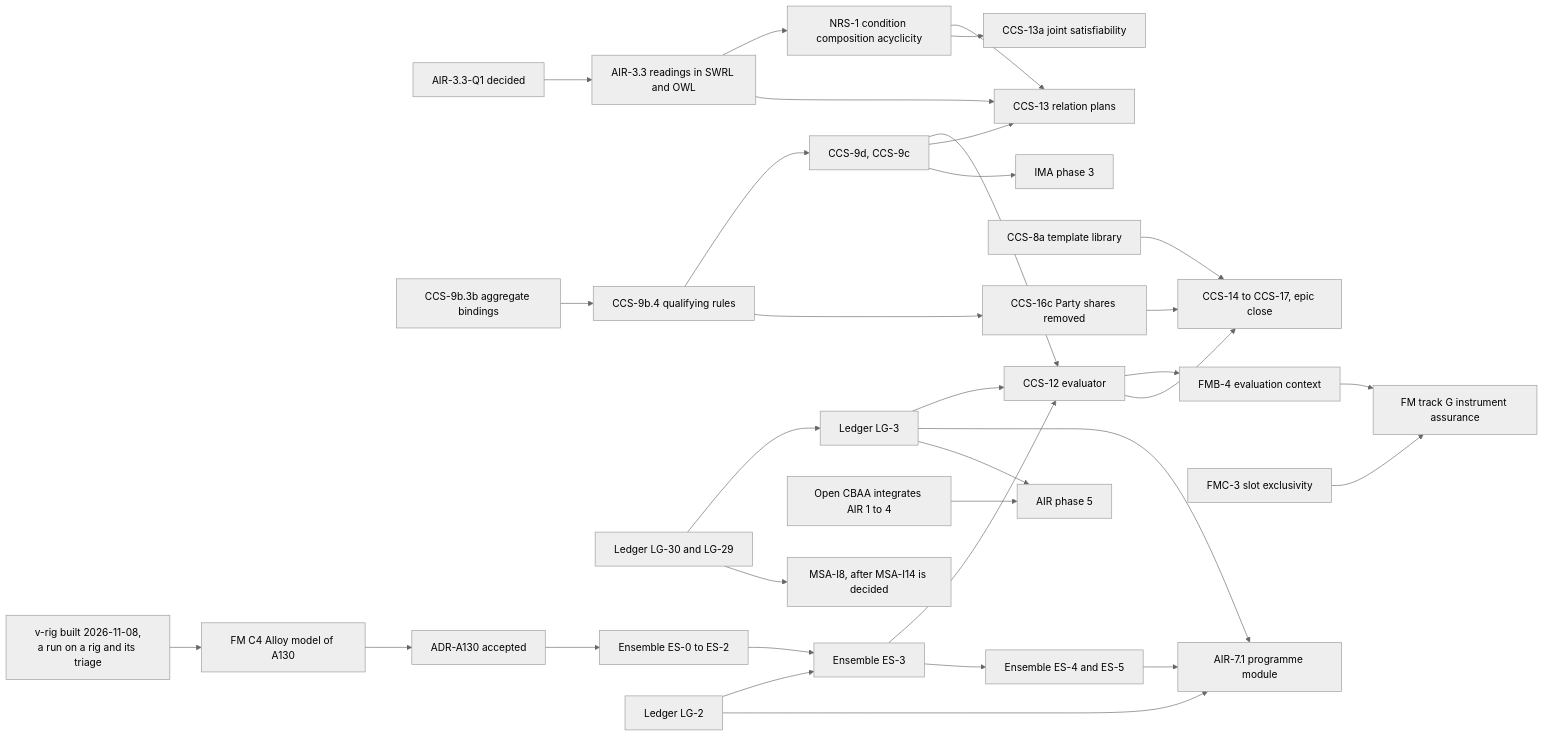
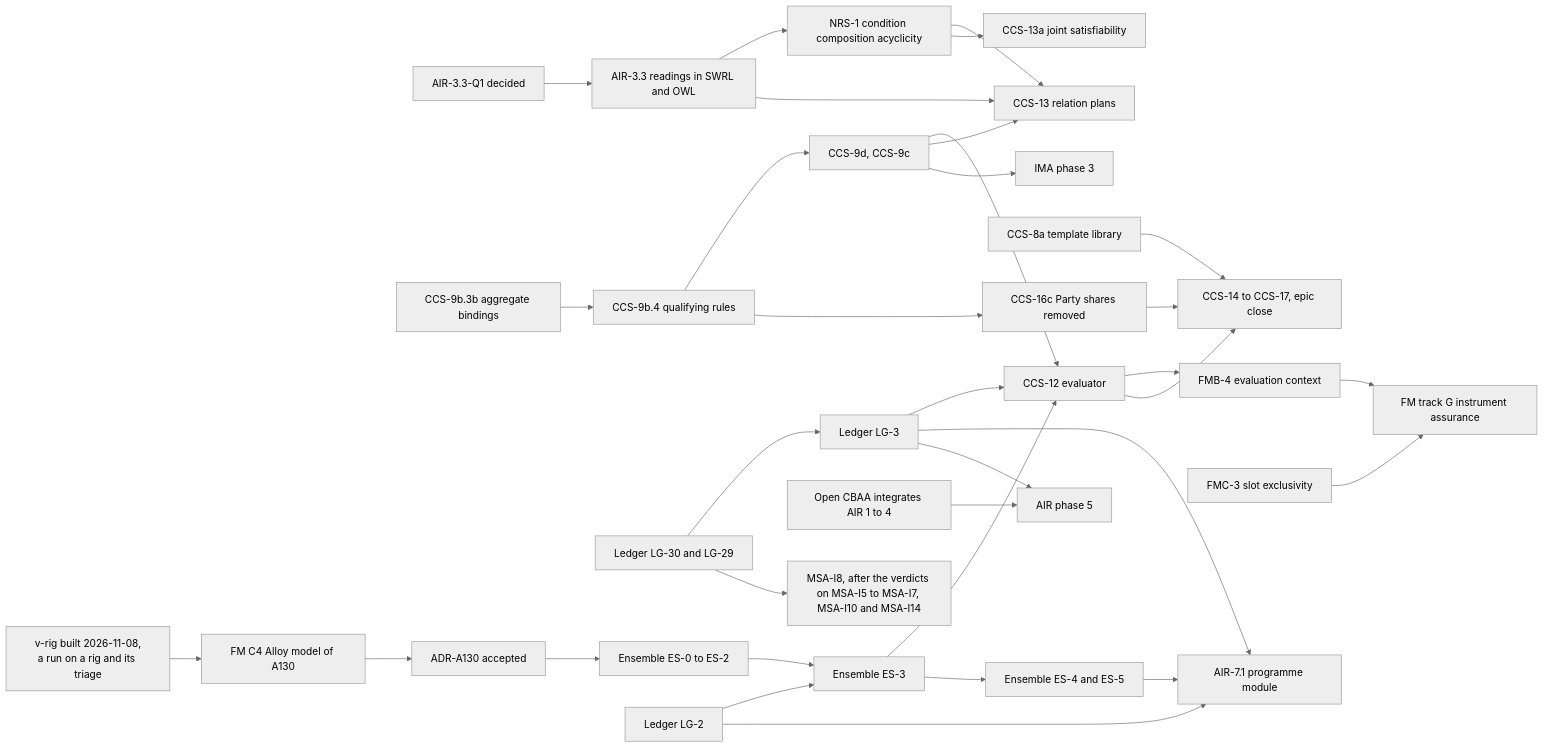
Diagram 30 of 32 in docs/developer/ROADMAP.md (nebularis/lattice), drawn with Mermaid (neutral theme) before and after one commit. The commit also changed other lines of this file and 21 other files, not shown here.

````diff
--- a/docs/developer/ROADMAP.md
+++ b/docs/developer/ROADMAP.md
@@ -972,35 +994,35 @@
 ```mermaid
 flowchart LR
     Q1["AIR-3.3-Q1 decided"] --> AIR33["AIR-3.3 readings in SWRL and OWL"]
     AIR33 --> NRS1["NRS-1 condition composition acyclicity"]
     AIR33 --> CCS13["CCS-13 relation plans"]
     NRS1 --> CCS13
     NRS1 --> CCS13a["CCS-13a joint satisfiability"]
     K93["CCS-9b.3b aggregate bindings"] --> K94["CCS-9b.4 qualifying rules"]
     K94 --> REST["CCS-9d, CCS-9c"]
     REST --> CCS12["CCS-12 evaluator"]
     REST --> CCS13
     LG29C["Ledger LG-30 and LG-29"] --> LG3C["Ledger LG-3"]
-    LG29C --> MSA78["MSA-I8, after MSA-I14 is decided"]
+    LG29C --> MSA78["MSA-I8, after the verdicts on MSA-I5 to MSA-I7, MSA-I10 and MSA-I14"]
     LG3C --> CCS12
     ES3C["Ensemble ES-3"] --> CCS12
     K8A["CCS-8a template library"] --> CLOSE
     K94 --> K16c["CCS-16c Party shares removed"]
     CCS12 --> FMB4["FMB-4 evaluation context"]
     FMB4 --> G["FM track G instrument assurance"]
     FMC3["FMC-3 slot exclusivity"] --> G
     CCS12 --> CLOSE["CCS-14 to CCS-17, epic close"]
     K16c --> CLOSE
     REST --> IMA3["IMA phase 3"]
     VR4["v-rig built 2026-11-08,<br/>a run on a rig and its triage"] --> C4A["FM C4 Alloy model of A130"]
     C4A --> A130["ADR-A130 accepted"]
     A130 --> ES012["Ensemble ES-0 to ES-2"]
     ES012 --> ES3C
     LG2C["Ledger LG-2"] --> ES3C
     ES3C --> ES45["Ensemble ES-4 and ES-5"]
     ES45 --> AIR71["AIR-7.1 programme module"]
     LG2C --> AIR71
     LG3C --> AIR71
     CBAA["Open CBAA integrates AIR 1 to 4"] --> AIR5["AIR phase 5"]
     LG3C --> AIR5
 ```
````
